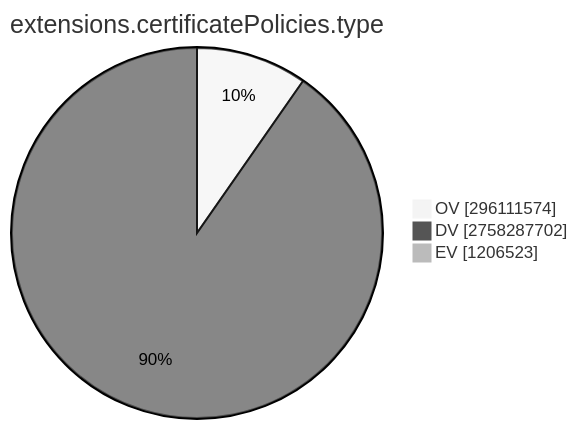
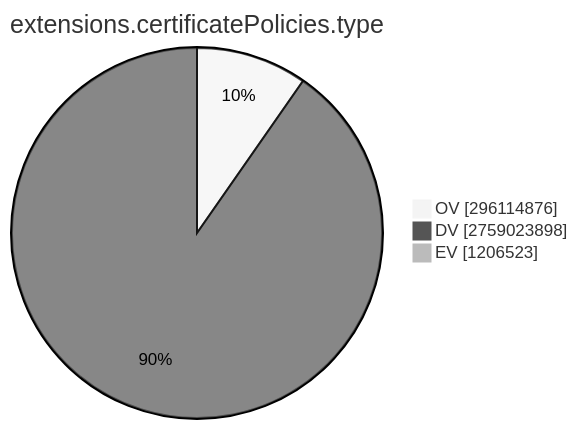
The ninth of 15 diagrams in TOTAL/README.md (christiankrug/ctmonitor_visualization), drawn with Mermaid (neutral theme) before and after one commit. The commit also changed other lines of this file, not shown here.

````diff
--- a/TOTAL/README.md
+++ b/TOTAL/README.md
@@ -3099,7 +3099,7 @@
 ```mermaid
 pie showData
 title extensions.certificatePolicies.type
-"OV" :296111574
-"DV" :2758287702
+"OV" :296114876
+"DV" :2759023898
 "EV" :1206523
 ```
````
